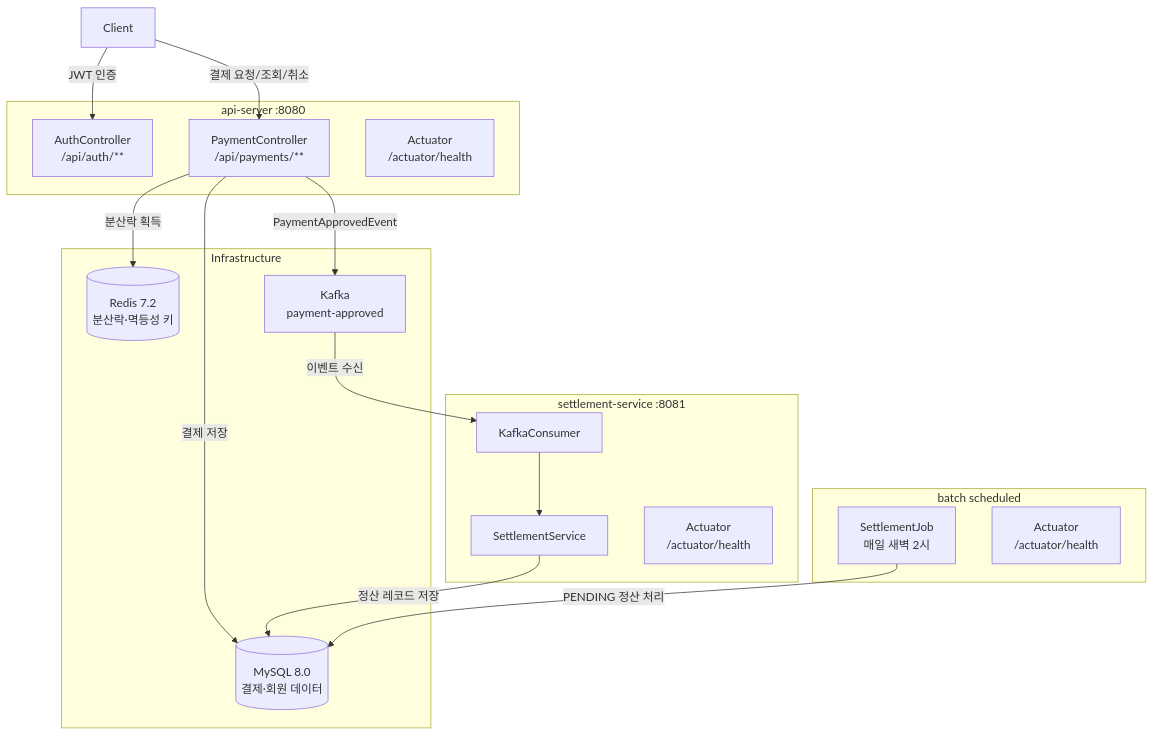
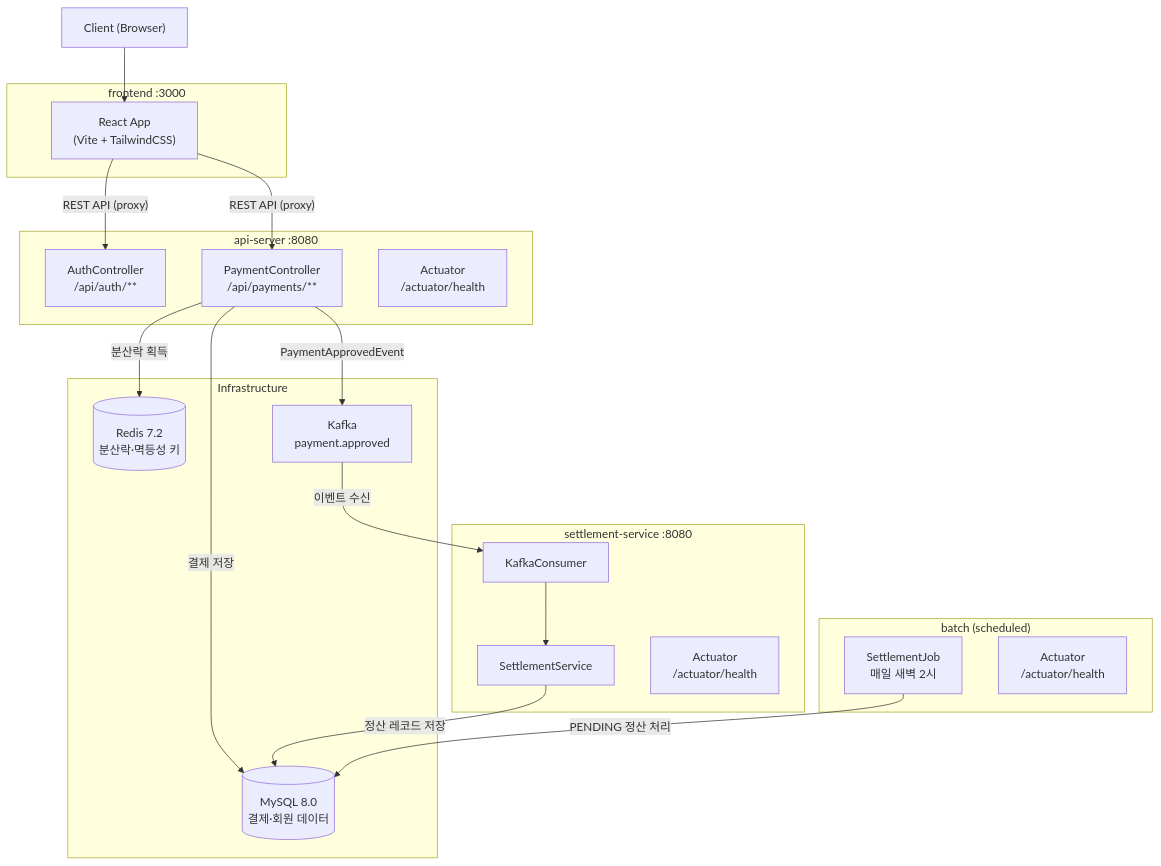
The first of 2 diagrams in README.md (Yunisung/payment-platform), drawn with Mermaid before and after one commit. The commit also changed other lines of this file, not shown here.

````diff
--- a/README.md
+++ b/README.md
@@ -22,37 +23,42 @@
 ```mermaid
 graph TB
-    Client["Client"]
+    Client["Client (Browser)"]
+
+    subgraph frontend["frontend :3000"]
+        UI["React App<br/>(Vite + TailwindCSS)"]
+    end
 
     subgraph api["api-server :8080"]
         AC["AuthController<br/>/api/auth/**"]
         PC["PaymentController<br/>/api/payments/**"]
         ACT1["Actuator<br/>/actuator/health"]
     end
 
     subgraph infra["Infrastructure"]
         MySQL[("MySQL 8.0<br/>결제·회원 데이터")]
         Redis[("Redis 7.2<br/>분산락·멱등성 키")]
-        Kafka["Kafka<br/>payment-approved"]
+        Kafka["Kafka<br/>payment.approved"]
     end
 
-    subgraph settlement["settlement-service :8081"]
+    subgraph settlement["settlement-service :8080"]
         KC["KafkaConsumer"]
         SS["SettlementService"]
         ACT2["Actuator<br/>/actuator/health"]
     end
 
-    subgraph batch["batch scheduled"]
+    subgraph batch["batch (scheduled)"]
         SJ["SettlementJob<br/>매일 새벽 2시"]
         ACT3["Actuator<br/>/actuator/health"]
     end
 
-    Client -->|"JWT 인증"| AC
-    Client -->|"결제 요청/조회/취소"| PC
+    Client --> UI
+    UI -->|"REST API (proxy)"| AC
+    UI -->|"REST API (proxy)"| PC
     PC -->|"결제 저장"| MySQL
     PC -->|"분산락 획득"| Redis
     PC -->|"PaymentApprovedEvent"| Kafka
     Kafka -->|"이벤트 수신"| KC
     KC --> SS
     SS -->|"정산 레코드 저장"| MySQL
     SJ -->|"PENDING 정산 처리"| MySQL
 ```
````
